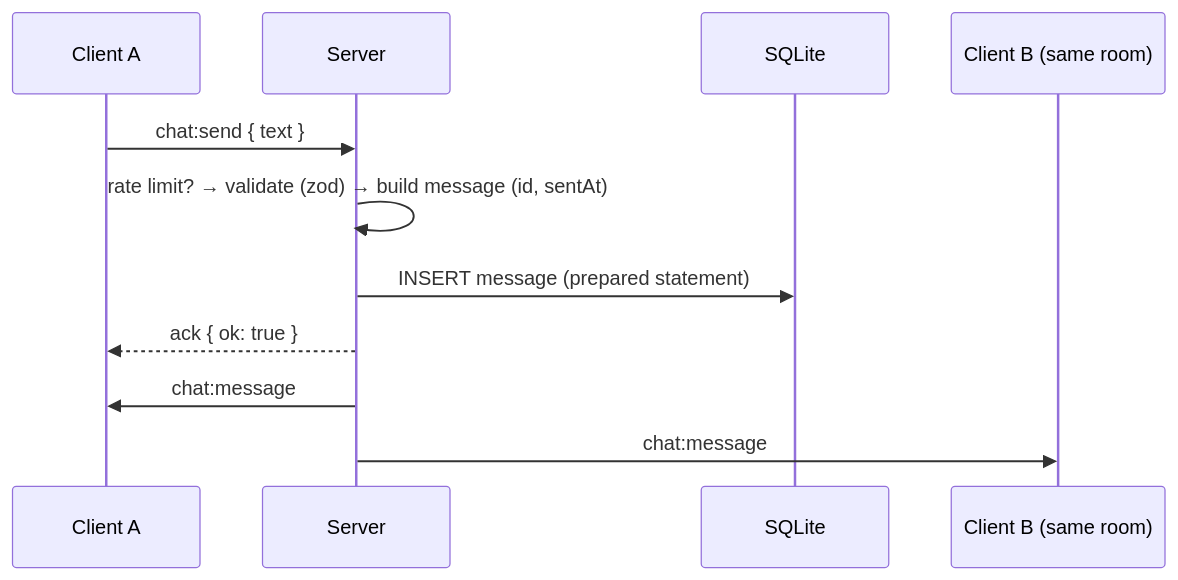
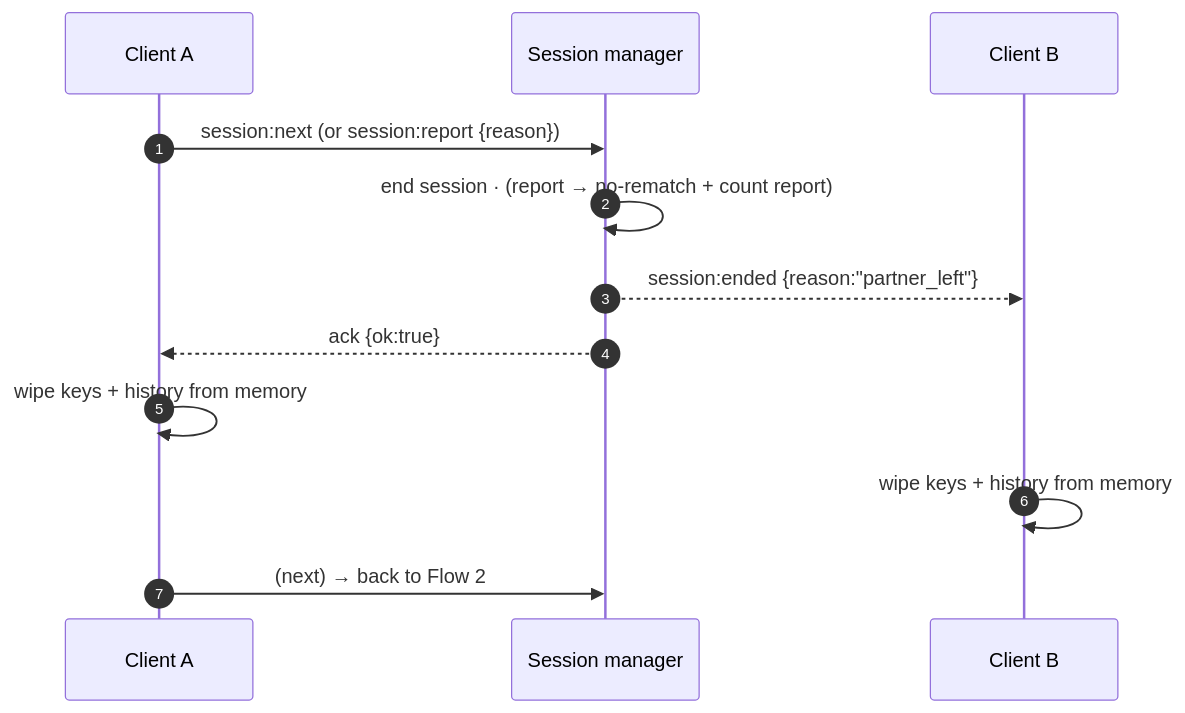
One commit to futuresfsake/realtime-chat changed the seventh of 8 diagrams in docs/03-design/high-level-design.md. Above: the diagram before and after it, drawn with Mermaid. The commit also changed other lines of this file and 49 other files, not shown here.

````diff
--- a/docs/03-design/high-level-design.md
+++ b/docs/03-design/high-level-design.md
@@ -40,13 +152,14 @@
 ```mermaid
 sequenceDiagram
+    autonumber
     participant A as Client A
-    participant S as Server
-    participant DB as SQLite
-    participant B as Client B (same room)
-    A->>S: chat:send { text }
-    S->>S: rate limit? → validate (zod) → build message (id, sentAt)
-    S->>DB: INSERT message (prepared statement)
-    S-->>A: ack { ok: true }
-    S->>A: chat:message
-    S->>B: chat:message
+    participant S as Session manager
+    participant B as Client B
+    A->>S: session:next (or session:report {reason})
+    S->>S: end session · (report → no-rematch + count report)
+    S-->>B: session:ended {reason:"partner_left"}
+    S-->>A: ack {ok:true}
+    A->>A: wipe keys + history from memory
+    B->>B: wipe keys + history from memory
+    A->>S: (next) → back to Flow 2
 ```
````
